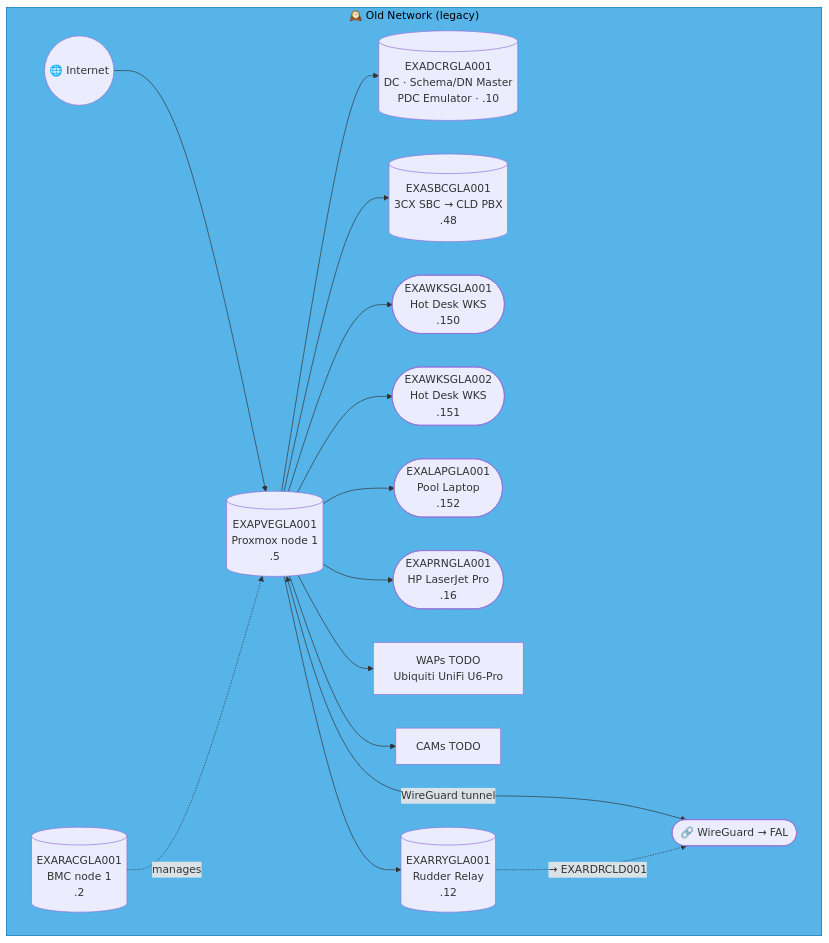
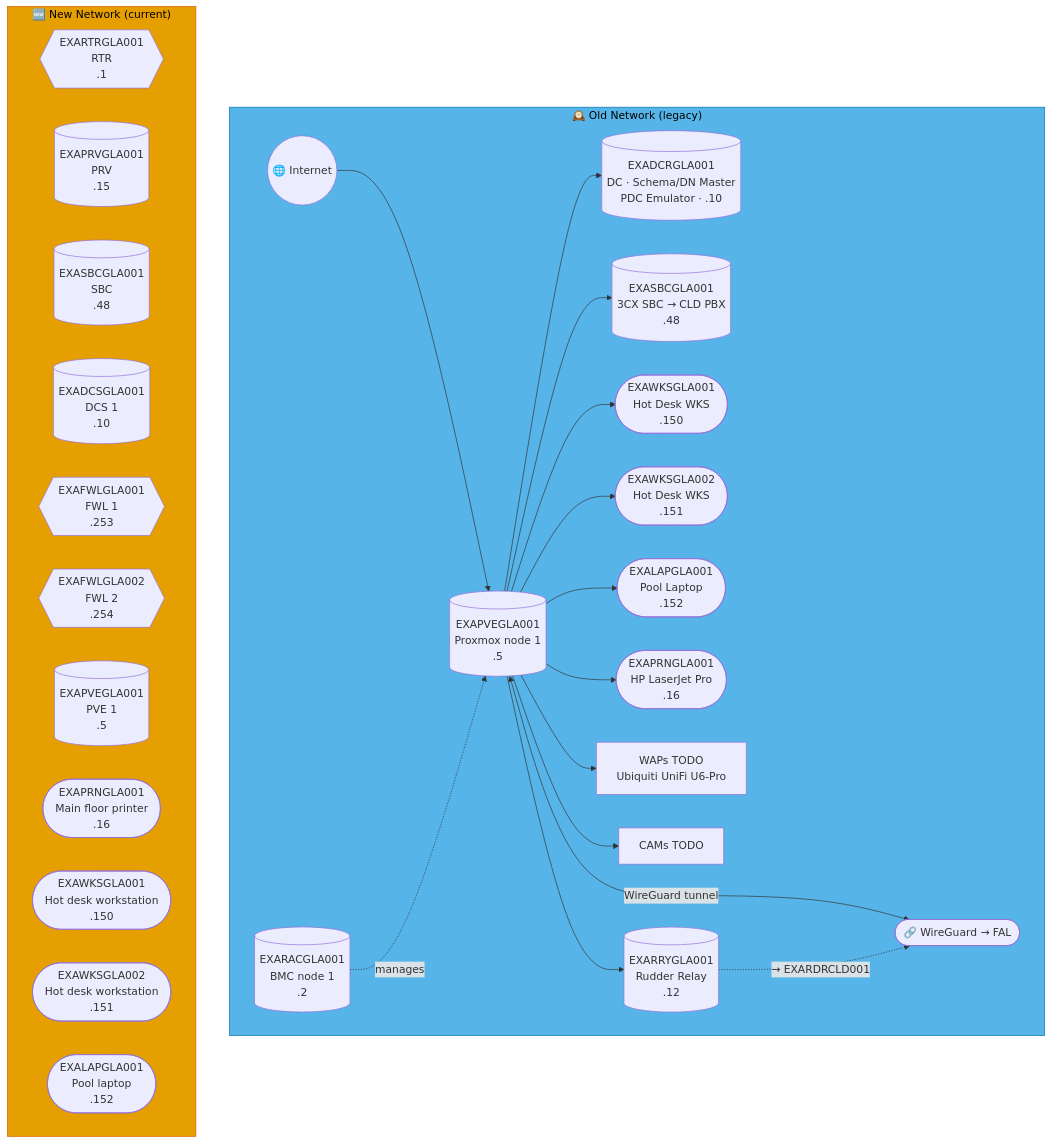
Before and after one commit to knightmare2600/example_music_infra: the fourth of 51 diagrams in docs/network-diagram.md, drawn with Mermaid. The commit also changed other lines of this file and 1 other file, not shown here.

````diff
--- a/docs/network-diagram.md
+++ b/docs/network-diagram.md
@@ -314,28 +415,44 @@
 ```mermaid
 graph TD
     subgraph OLD_GLA ["🕰️ Old Network (legacy)"]
       INET(("🌐 Internet"))
       PVE[("EXAPVEGLA001<br/>Proxmox node 1<br/>.5")]
       RAC[("EXARACGLA001<br/>BMC node 1<br/>.2")]
       DC[("EXADCRGLA001<br/>DC · Schema/DN Master<br/>PDC Emulator · .10")]
       SBC[("EXASBCGLA001<br/>3CX SBC → CLD PBX<br/>.48")]
       RRY[("EXARRYGLA001<br/>Rudder Relay<br/>.12")]
       WKS1(["EXAWKSGLA001<br/>Hot Desk WKS<br/>.150"])
       WKS2(["EXAWKSGLA002<br/>Hot Desk WKS<br/>.151"])
       LAP(["EXALAPGLA001<br/>Pool Laptop<br/>.152"])
       PRN(["EXAPRNGLA001<br/>HP LaserJet Pro<br/>.16"])
       WAP["WAPs TODO<br/>Ubiquiti UniFi U6-Pro"]
       CAM["CAMs TODO"]
       VPN(["🔗 WireGuard → FAL"])
 
       INET --> PVE
       PVE --> DC & SBC
       RAC -.->|"manages"| PVE
       PVE --> WKS1 & WKS2 & LAP & PRN & WAP & CAM
       PVE <-->|"WireGuard tunnel"| VPN
 
       PVE --> RRY
       RRY -. "→ EXARDRCLD001" .-> VPN
     end
     style OLD_GLA fill:#56B4E9,stroke:#0072B2,color:#000000
+    %% GENERATED:NEW-NETWORK:GLA:START
+    subgraph NEW_GLA ["🆕 New Network (current)"]
+      N_RTR{{"EXARTRGLA001<br/>RTR<br/>.1"}}
+      N_PRV[("EXAPRVGLA001<br/>PRV<br/>.15")]
+      N_SBC[("EXASBCGLA001<br/>SBC<br/>.48")]
+      N_DCS[("EXADCSGLA001<br/>DCS 1<br/>.10")]
+      N_FWL{{"EXAFWLGLA001<br/>FWL 1<br/>.253"}}
+      N_FWL2{{"EXAFWLGLA002<br/>FWL 2<br/>.254"}}
+      N_PVE[("EXAPVEGLA001<br/>PVE 1<br/>.5")]
+      N_PRN(["EXAPRNGLA001<br/>Main floor printer<br/>.16"])
+      N_WKS(["EXAWKSGLA001<br/>Hot desk workstation<br/>.150"])
+      N_WKS2(["EXAWKSGLA002<br/>Hot desk workstation<br/>.151"])
+      N_LAP(["EXALAPGLA001<br/>Pool laptop<br/>.152"])
+    end
+    style NEW_GLA fill:#E69F00,stroke:#D55E00,color:#000000
+    %% GENERATED:NEW-NETWORK:GLA:END
 ```
````
